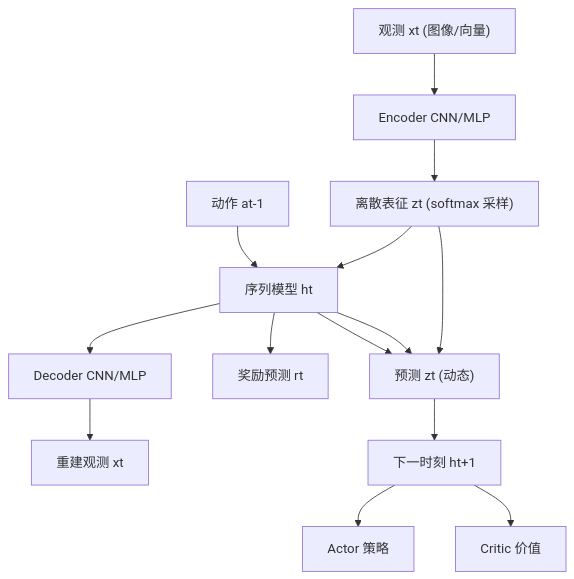
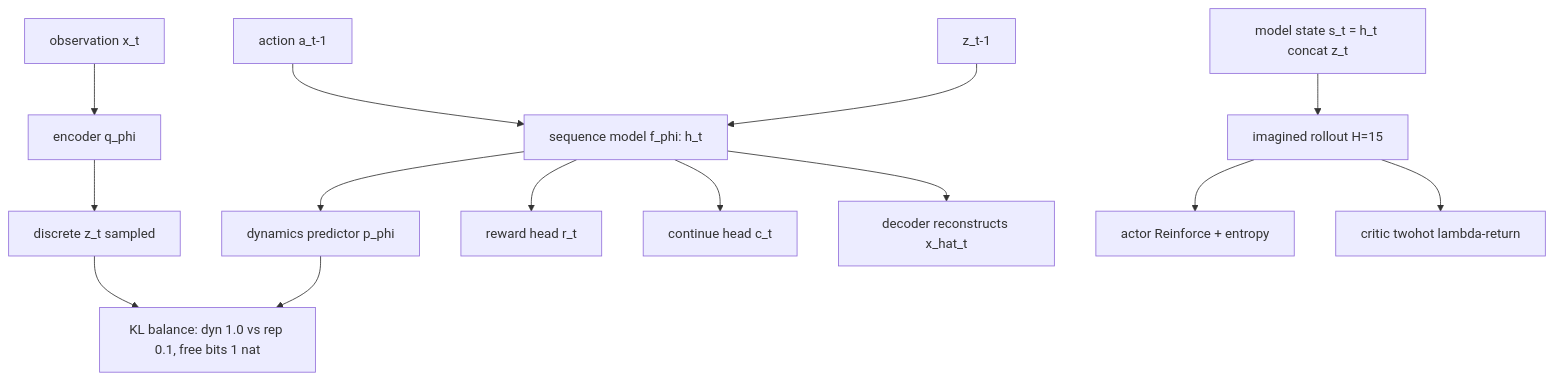
Before and after one commit to luohu-arch/physical_intelligence_study: the diagram in notes/world-model/dreamer-v3.md, drawn with Mermaid. The commit also changed other lines of this file and 35 other files, not shown here.

````diff
--- a/notes/world-model/dreamer-v3.md
+++ b/notes/world-model/dreamer-v3.md
@@ -34,16 +50,16 @@
 ```mermaid
-graph TD
-    X["观测 xt (图像/向量)"] --> ENC["Encoder CNN/MLP"]
-    ENC --> Z["离散表征 zt (softmax 采样)"]
-    A["动作 at-1"] --> H["序列模型 ht"]
-    Z --> H
-    H --> ZNEXT["预测 zt (动态)"]
-    H --> R["奖励预测 rt"]
-    H --> DEC["Decoder CNN/MLP"]
-    DEC --> XHAT["重建观测 xt"]
-    H --> ZNEXT
-    Z --> ZNEXT
-    ZNEXT --> H2["下一时刻 ht+1"]
-    H2 --> ACTOR["Actor 策略"]
-    H2 --> CRITIC["Critic 价值"]
+flowchart TB
+    X["observation x_t"] --> ENC["encoder q_phi"]
+    ENC --> Z["discrete z_t sampled"]
+    A["action a_t-1"] --> SM["sequence model f_phi: h_t"]
+    Z_prev["z_t-1"] --> SM
+    SM --> DP["dynamics predictor p_phi"]
+    SM --> RP["reward head r_t"] 
+    SM --> CP["continue head c_t"]
+    SM --> DEC["decoder reconstructs x_hat_t"]
+    Z --> KLQ["KL balance: dyn 1.0 vs rep 0.1, free bits 1 nat"]
+    DP --> KLQ
+    S["model state s_t = h_t concat z_t"] --> AC["imagined rollout H=15"]
+    AC --> ACT["actor Reinforce + entropy"]
+    AC --> CRIT["critic twohot lambda-return"]
 ```
````
